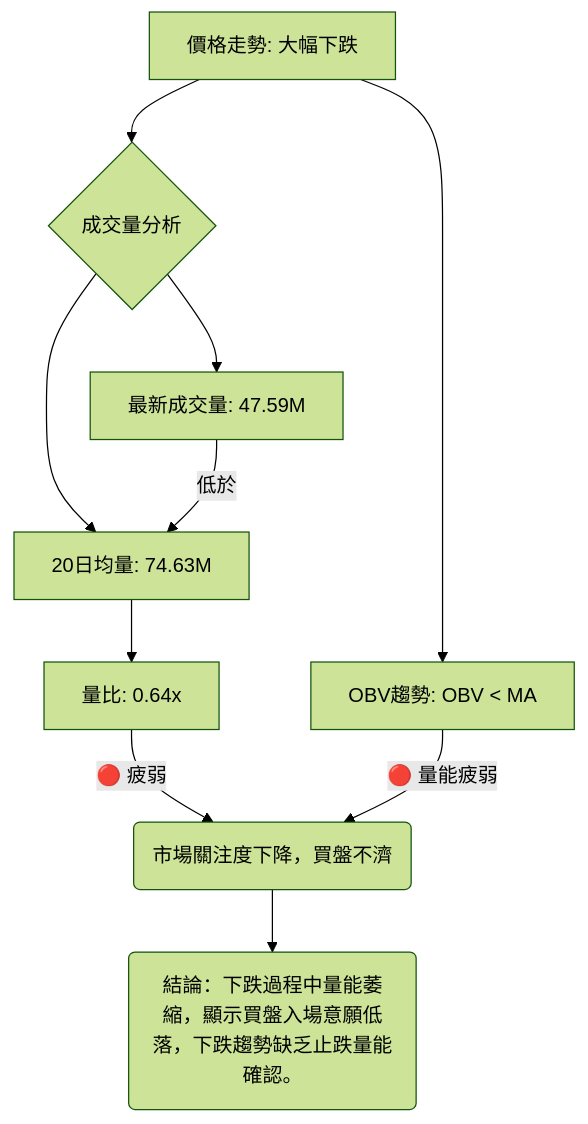
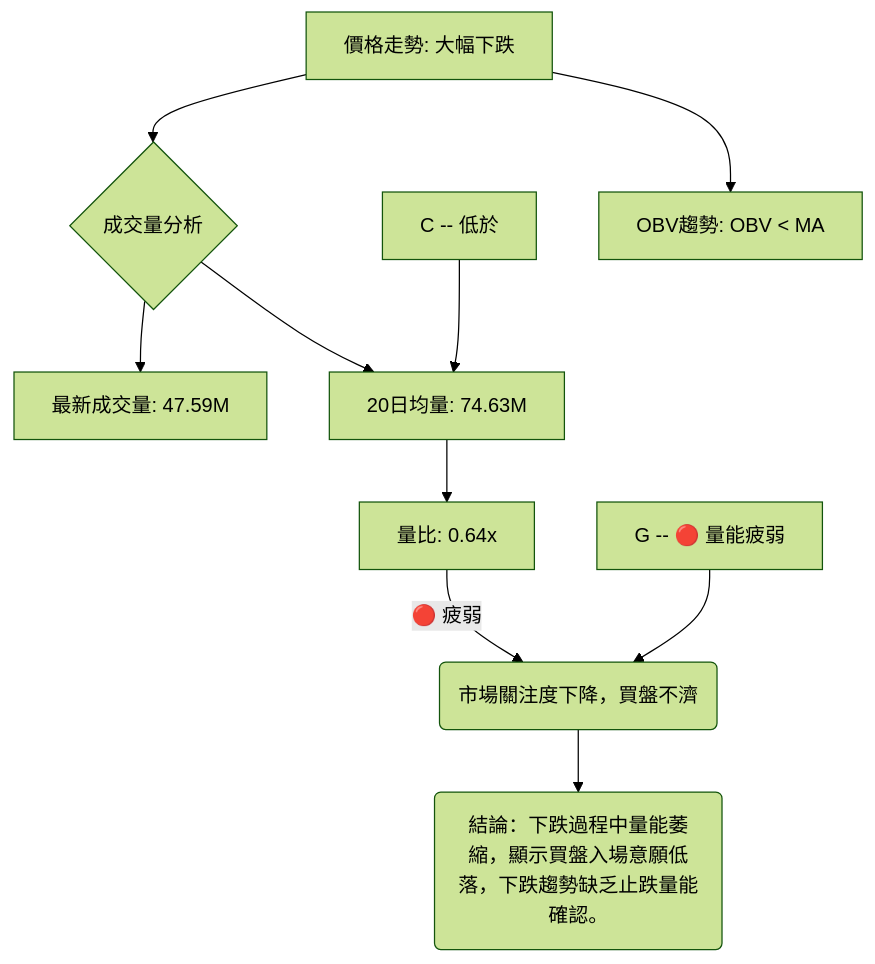
One commit to yennanliu/finance_data changed the ninth of 12 diagrams in ai_gen_report/stock/onds/technical_analysis_2026-06-26_gemini.md. Above: the diagram before and after it, drawn with Mermaid (forest theme). The commit also changed other lines of this file and 2258 other files, not shown here.

First line of the commit message:
chore: backfill Mermaid syntax repair across existing reports

````diff
--- a/ai_gen_report/stock/onds/technical_analysis_2026-06-26_gemini.md
+++ b/ai_gen_report/stock/onds/technical_analysis_2026-06-26_gemini.md
@@ -482,13 +482,13 @@
 ```mermaid
 graph TD
-    A[價格走勢: 大幅下跌] --> B{成交量分析}
-    B --> C[最新成交量: 47.59M]
-    B --> D[20日均量: 74.63M]
-    C -- 低於 --> D
-    D --> E[量比: 0.64x]
-    E -- 🔴 疲弱 --> F(市場關注度下降，買盤不濟)
+    A["價格走勢: 大幅下跌"] --> B{"成交量分析"}
+    B --> C["最新成交量: 47.59M"]
+    B --> D["20日均量: 74.63M"]
+    nb1["C -- 低於"] --> D
+    D --> E["量比: 0.64x"]
+    E -- 🔴 疲弱 --> F("市場關注度下降，買盤不濟")
 
-    A --> G[OBV趨勢: OBV < MA]
-    G -- 🔴 量能疲弱 --> F
-    F --> H(結論：下跌過程中量能萎縮，顯示買盤入場意願低落，下跌趨勢缺乏止跌量能確認。)
+    A --> G["OBV趨勢: OBV < MA"]
+    nb2["G -- 🔴 量能疲弱"] --> F
+    F --> H("結論：下跌過程中量能萎縮，顯示買盤入場意願低落，下跌趨勢缺乏止跌量能確認。")
 ```
````
